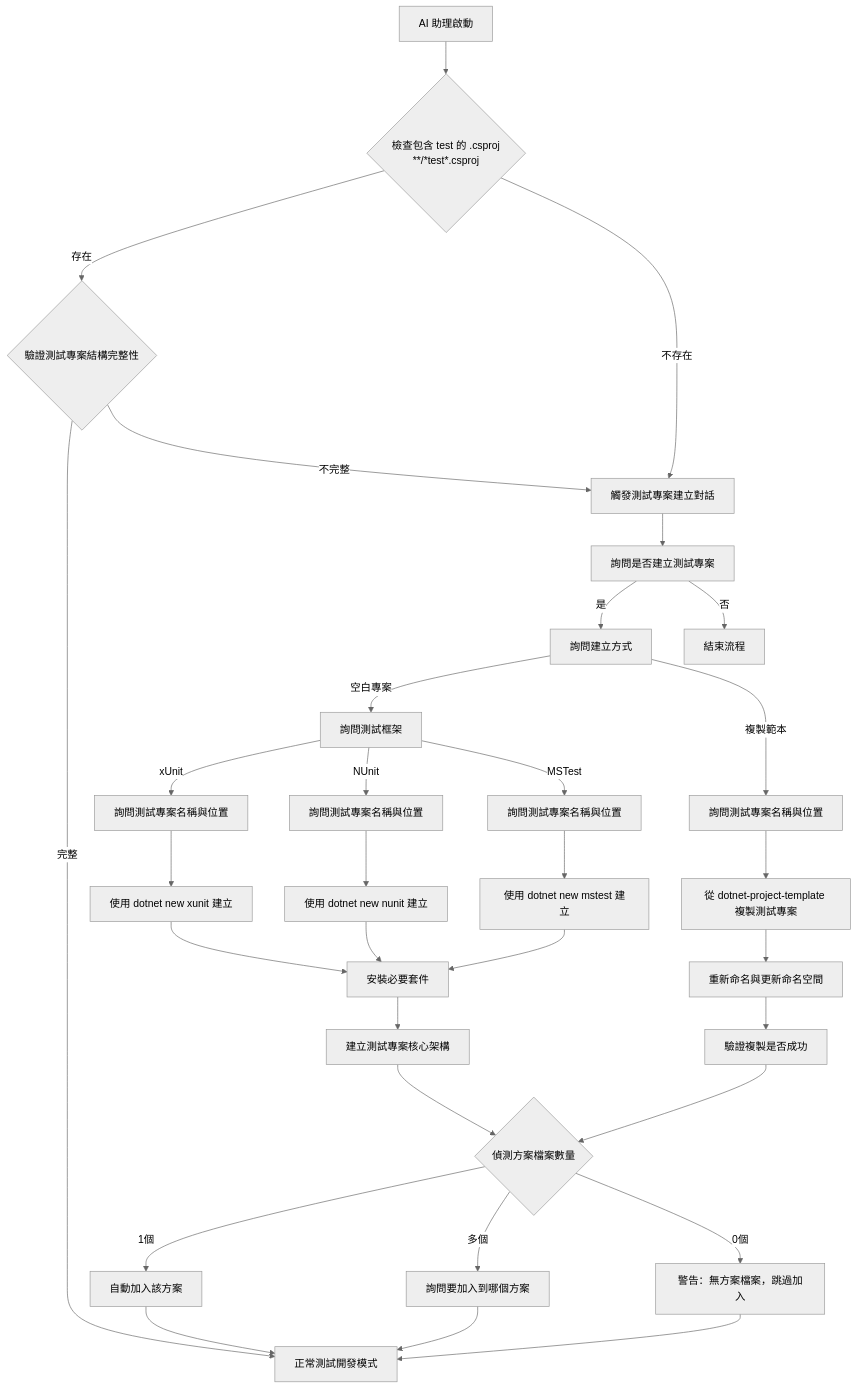
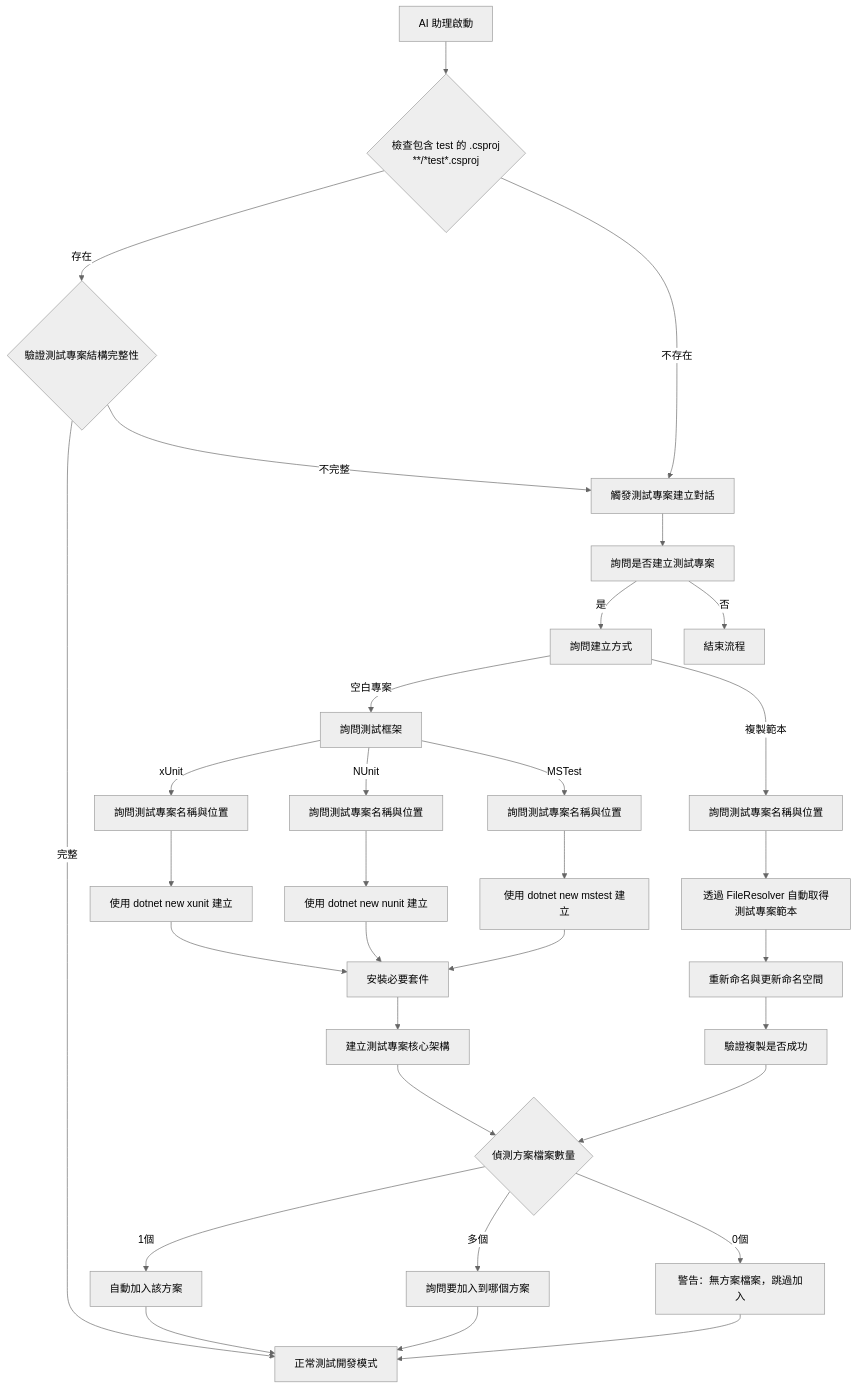
The first of 3 diagrams in .claude/skills/webapi-real-testing/SKILL.md (yaochangyu/api.template), drawn with Mermaid (neutral theme) before and after one commit. The commit also changed other lines of this file and 4 other files, not shown here.

````diff
--- a/.claude/skills/webapi-real-testing/SKILL.md
+++ b/.claude/skills/webapi-real-testing/SKILL.md
@@ -61,34 +65,34 @@
 ```mermaid
 graph TD
     A[AI 助理啟動] --> B{檢查包含 test 的 .csproj<br/>**/*test*.csproj}
     B -->|存在| C{驗證測試專案結構完整性}
     B -->|不存在| D[觸發測試專案建立對話]
     C -->|完整| E[正常測試開發模式]
     C -->|不完整| D
     D --> F[詢問是否建立測試專案]
     F -->|是| G[詢問建立方式]
     F -->|否| H[結束流程]
     G -->|空白專案| I[詢問測試框架]
     G -->|複製範本| J[詢問測試專案名稱與位置]
     I -->|xUnit| K1[詢問測試專案名稱與位置]
     I -->|NUnit| K2[詢問測試專案名稱與位置]
     I -->|MSTest| K3[詢問測試專案名稱與位置]
     K1 --> L1[使用 dotnet new xunit 建立]
     K2 --> L2[使用 dotnet new nunit 建立]
     K3 --> L3[使用 dotnet new mstest 建立]
-    J --> M1[從 dotnet-project-template 複製測試專案]
+    J --> M1[透過 FileResolver 自動取得測試專案範本]
     L1 --> M2[安裝必要套件]
     L2 --> M2
     L3 --> M2
     M1 --> M3[重新命名與更新命名空間]
     M2 --> N[建立測試專案核心架構]
     M3 --> O[驗證複製是否成功]
     N --> P{偵測方案檔案數量}
     O --> P
     P -->|1個| Q[自動加入該方案]
     P -->|多個| R[詢問要加入到哪個方案]
     P -->|0個| S[警告：無方案檔案，跳過加入]
     Q --> E
     R --> E
     S --> E
 ```
````
